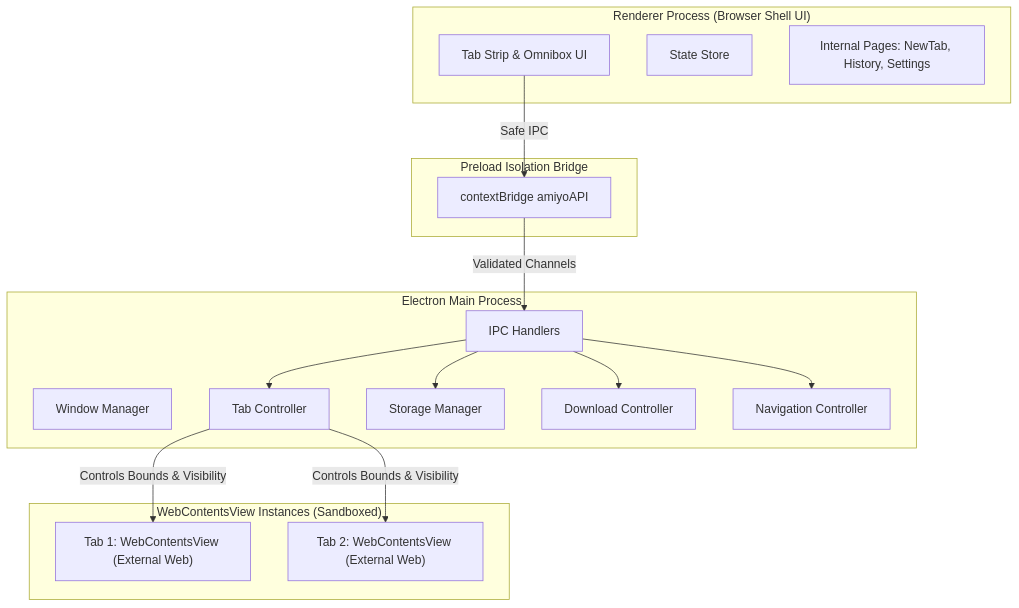
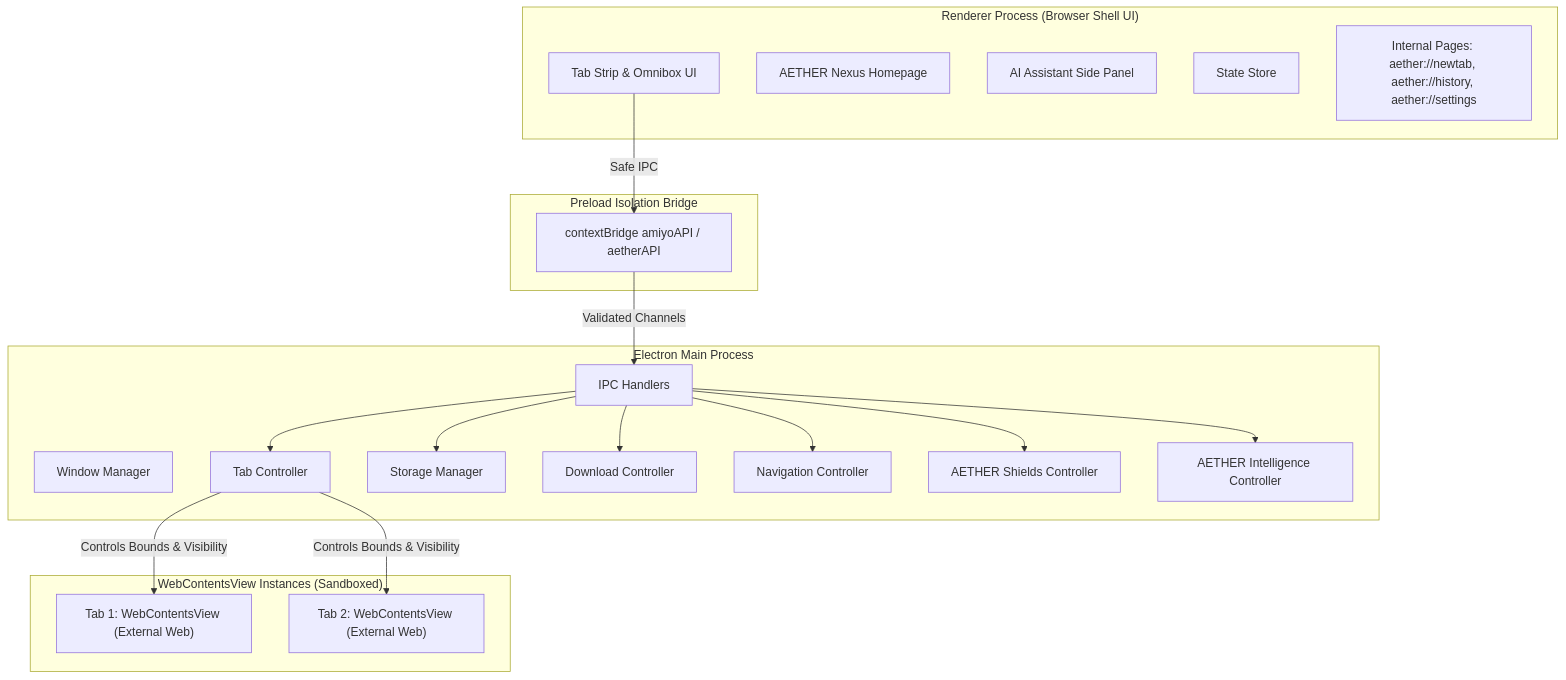
The diagram in README.md (A2004-a/amiyo-browser), drawn with Mermaid before and after one commit. The commit also changed other lines of this file and 9 other files, not shown here.

````diff
--- a/README.md
+++ b/README.md
@@ -95,35 +95,41 @@
 ```mermaid
 graph TD
     subgraph MainProcess ["Electron Main Process"]
         WM[Window Manager]
         TC[Tab Controller]
         SM[Storage Manager]
         DC[Download Controller]
         NC[Navigation Controller]
+        SH[AETHER Shields Controller]
+        AI[AETHER Intelligence Controller]
         IPC[IPC Handlers]
     end
 
     subgraph PreloadBridge ["Preload Isolation Bridge"]
-        CB[contextBridge amiyoAPI]
+        CB[contextBridge amiyoAPI / aetherAPI]
     end
 
     subgraph RendererUI ["Renderer Process (Browser Shell UI)"]
         UI[Tab Strip & Omnibox UI]
+        NTP[AETHER Nexus Homepage]
+        AIP[AI Assistant Side Panel]
         STATE[State Store]
-        INTERNAL[Internal Pages: NewTab, History, Settings]
+        INTERNAL["Internal Pages: aether://newtab, aether://history, aether://settings"]
     end
 
     subgraph WebViews ["WebContentsView Instances (Sandboxed)"]
         WCV1["Tab 1: WebContentsView (External Web)"]
         WCV2["Tab 2: WebContentsView (External Web)"]
     end
 
     UI -->|Safe IPC| CB
     CB -->|Validated Channels| IPC
     IPC --> TC
     IPC --> SM
     IPC --> DC
     IPC --> NC
+    IPC --> SH
+    IPC --> AI
     TC -->|Controls Bounds & Visibility| WCV1
     TC -->|Controls Bounds & Visibility| WCV2
 ```
````
